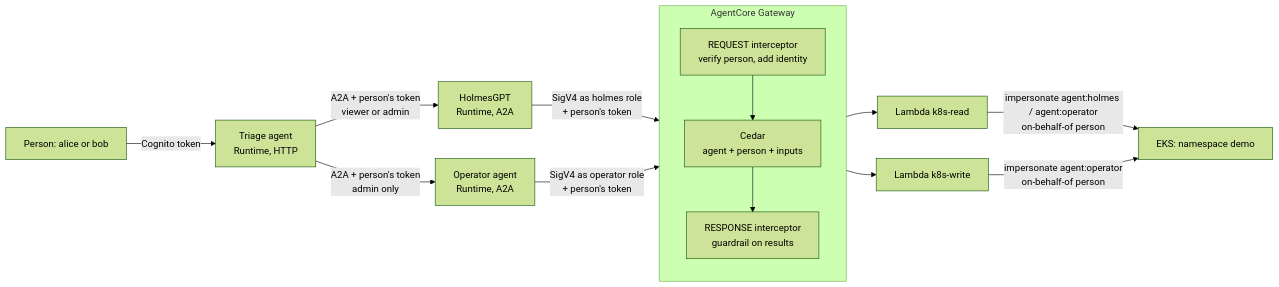
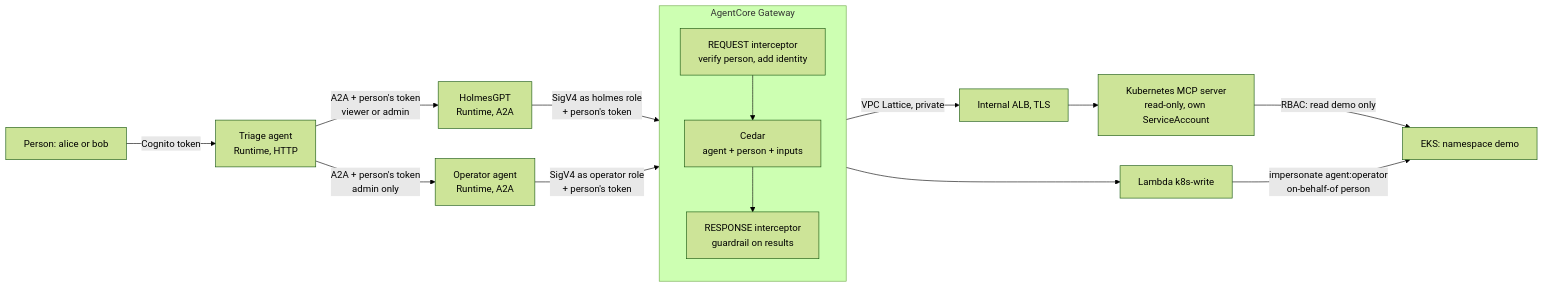
The diagram in README.md (fsclyde/agentcore-multi-agent-security-lab), drawn with Mermaid (forest theme) before and after one commit. The commit also changed other lines of this file and 19 other files, not shown here.

First line of the commit message:
Use the upstream Kubernetes MCP server for reads, as a private gateway target

````diff
--- a/README.md
+++ b/README.md
@@ -21,15 +21,16 @@
 ```mermaid
 flowchart LR
     P[Person: alice or bob] -->|Cognito token| T[Triage agent<br/>Runtime, HTTP]
     T -->|A2A + person's token<br/>viewer or admin| H[HolmesGPT<br/>Runtime, A2A]
     T -->|A2A + person's token<br/>admin only| O[Operator agent<br/>Runtime, A2A]
     H -->|SigV4 as holmes role<br/>+ person's token| G
     O -->|SigV4 as operator role<br/>+ person's token| G
     subgraph G[AgentCore Gateway]
       I1[REQUEST interceptor<br/>verify person, add identity] --> C[Cedar<br/>agent + person + inputs] --> I2[RESPONSE interceptor<br/>guardrail on results]
     end
-    G --> R[Lambda k8s-read]
+    G -->|VPC Lattice, private| L[Internal ALB, TLS]
+    L --> M[Kubernetes MCP server<br/>read-only, own ServiceAccount]
     G --> W[Lambda k8s-write]
-    R -->|impersonate agent:holmes / agent:operator<br/>on-behalf-of person| K[EKS: namespace demo]
+    M -->|RBAC: read demo only| K[EKS: namespace demo]
     W -->|impersonate agent:operator<br/>on-behalf-of person| K
 ```
````
